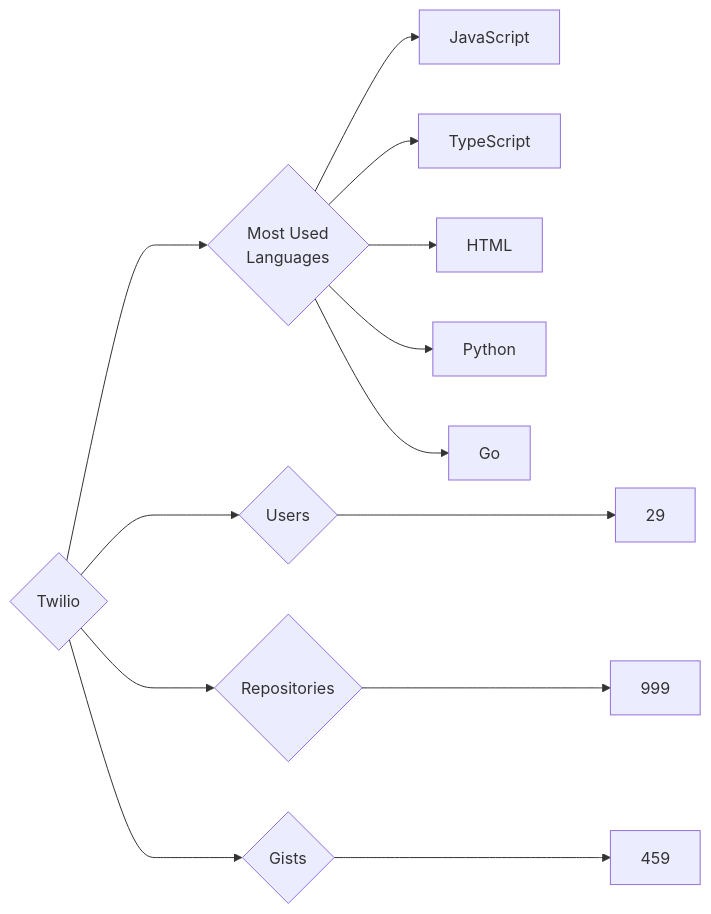
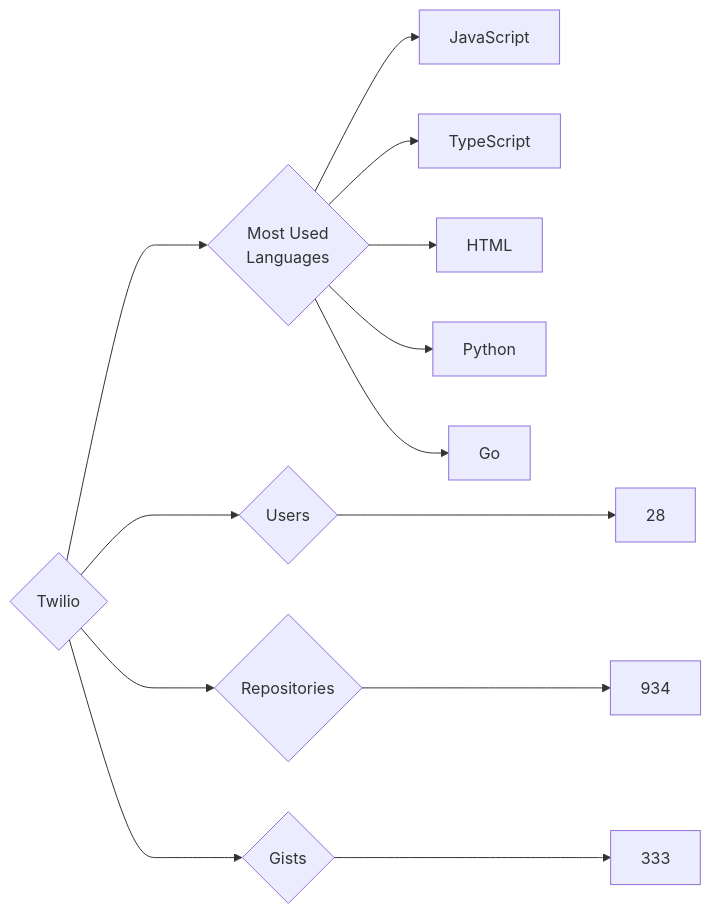
Before and after one commit to trickest/insiders: the diagram in targets/Twilio/README.md, drawn with Mermaid. The commit also changed 534 other files, not shown here.

````diff
--- a/targets/Twilio/README.md
+++ b/targets/Twilio/README.md
@@ -3,13 +3,13 @@
 ```mermaid
 graph LR
 COMPANY_NAME{Twilio}
-COMPANY_NAME ---> U{Users} ---> UN[29]
-COMPANY_NAME ---> R{Repositories} ---> RN[999]
-COMPANY_NAME ---> G{Gists} ---> GN[459]
+COMPANY_NAME ---> U{Users} ---> UN[28]
+COMPANY_NAME ---> R{Repositories} ---> RN[934]
+COMPANY_NAME ---> G{Gists} ---> GN[333]
 COMPANY_NAME ---> ML{Most Used<br>Languages}
 ML --> JavaScript[JavaScript]
 ML --> TypeScript[TypeScript]
 ML --> HTML[HTML]
 ML --> Python[Python]
 ML --> Go[Go]
 ```
````
